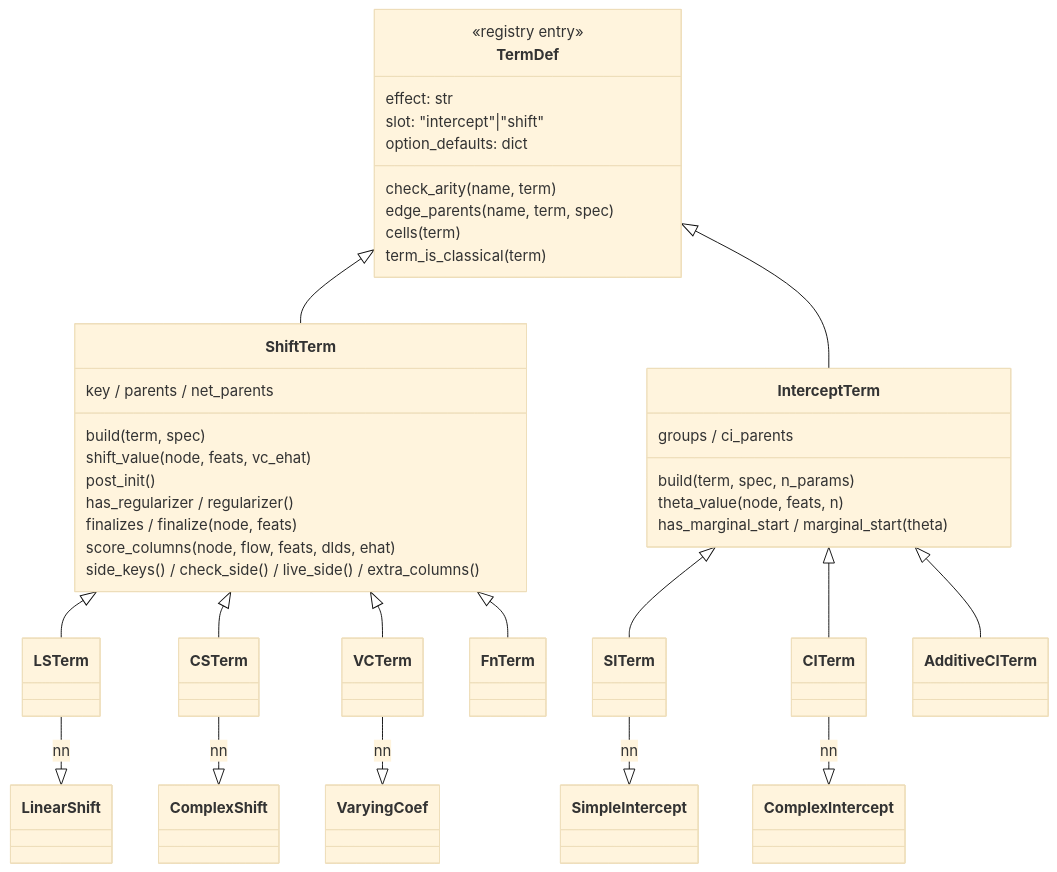
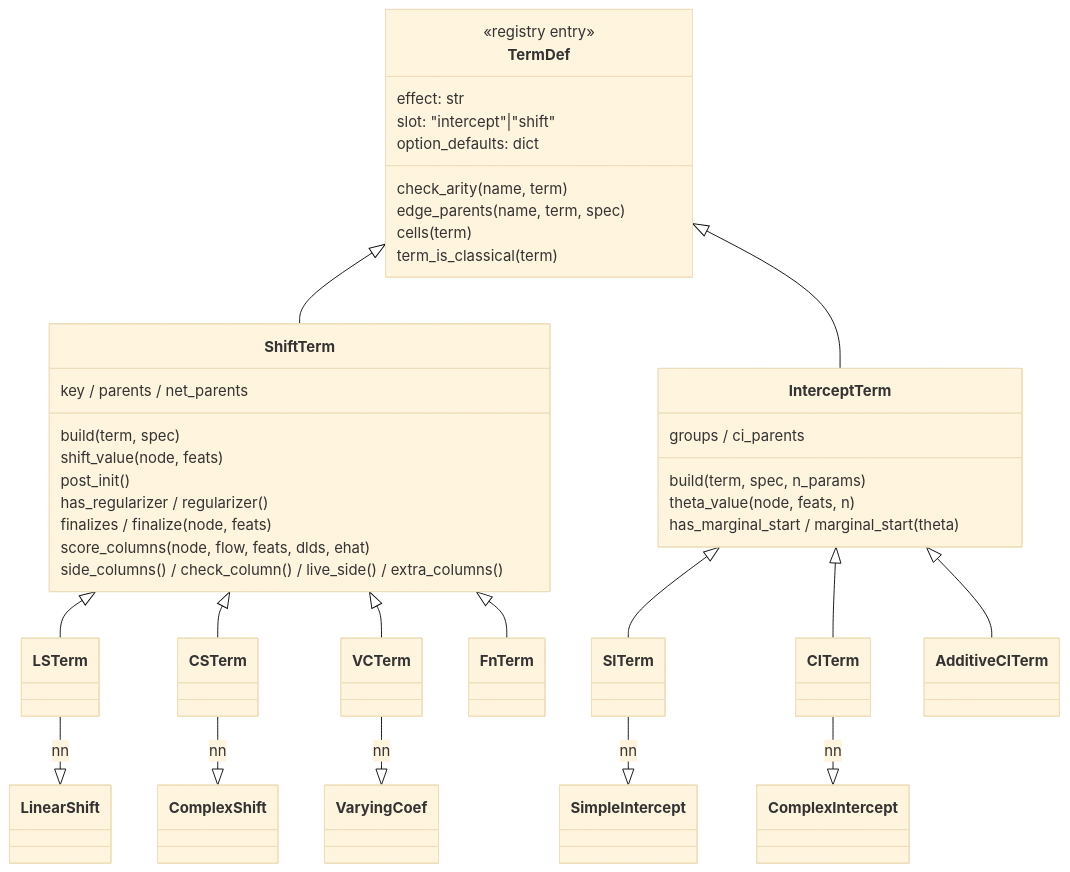
Before and after one commit to tensorchiefs/tramdag: the second of 5 diagrams in docs/architecture.md, drawn with Mermaid (base theme). The commit also changed other lines of this file and 15 other files, not shown here.

First line of the commit message:
refactor(rc)!: propensities are a column — fit(vc_ehat=) dies

````diff
--- a/docs/architecture.md
+++ b/docs/architecture.md
@@ -48,43 +48,43 @@
 ```mermaid
 classDiagram
     class TermDef {
         <<registry entry>>
         effect: str
         slot: "intercept"|"shift"
         option_defaults: dict
         check_arity(name, term)
         edge_parents(name, term, spec)
         cells(term)
         term_is_classical(term)
     }
     class ShiftTerm {
         key / parents / net_parents
         build(term, spec)
-        shift_value(node, feats, vc_ehat)
+        shift_value(node, feats)
         post_init()
         has_regularizer / regularizer()
         finalizes / finalize(node, feats)
         score_columns(node, flow, feats, dlds, ehat)
-        side_keys() / check_side() / live_side() / extra_columns()
+        side_columns() / check_column() / live_side() / extra_columns()
     }
     class InterceptTerm {
         groups / ci_parents
         build(term, spec, n_params)
         theta_value(node, feats, n)
         has_marginal_start / marginal_start(theta)
     }
     TermDef <|-- ShiftTerm
     TermDef <|-- InterceptTerm
     ShiftTerm <|-- LSTerm
     ShiftTerm <|-- CSTerm
     ShiftTerm <|-- VCTerm
     ShiftTerm <|-- FnTerm
     InterceptTerm <|-- SITerm
     InterceptTerm <|-- CITerm
     InterceptTerm <|-- AdditiveCITerm
     LSTerm --|> LinearShift : nn
     CSTerm --|> ComplexShift : nn
     VCTerm --|> VaryingCoef : nn
     SITerm --|> SimpleIntercept : nn
     CITerm --|> ComplexIntercept : nn
 ```
````
